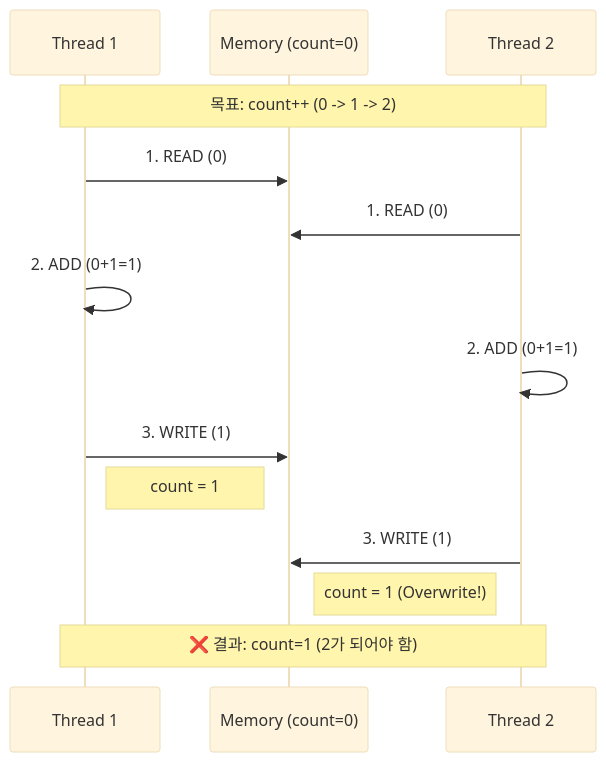
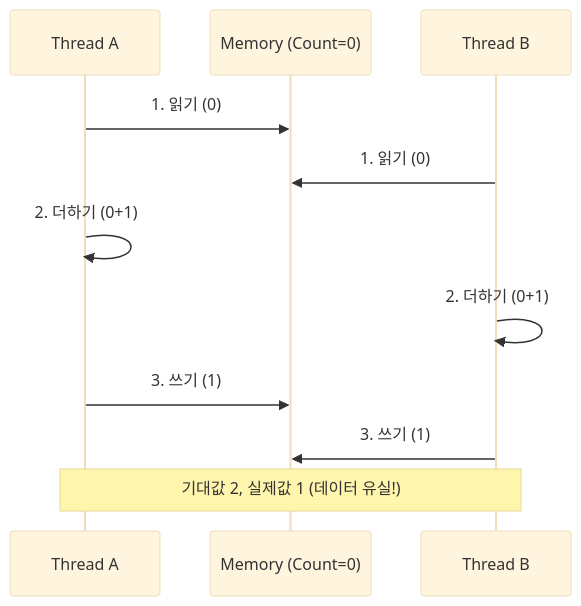
One commit to thseo4813/Study-Notes changed the second of 2 diagrams in 01-os/process-vs-thread/README.md. Above: the diagram before and after it, drawn with Mermaid (base theme). The commit also changed other lines of this file and 21 other files, not shown here.

````diff
--- a/01-os/process-vs-thread/README.md
+++ b/01-os/process-vs-thread/README.md
@@ -141,22 +69,17 @@
 ```mermaid
 sequenceDiagram
-    participant T1 as Thread 1
-    participant Mem as Memory (count=0)
-    participant T2 as Thread 2
+    participant T1 as Thread A
+    participant Mem as Memory (Count=0)
+    participant T2 as Thread B
 
-    Note over T1, T2: 목표: count++ (0 -> 1 -> 2)
-
-    T1->>Mem: 1. READ (0)
-    T2->>Mem: 1. READ (0)
+    T1->>Mem: 1. 읽기 (0)
+    T2->>Mem: 1. 읽기 (0)
     
-    T1->>T1: 2. ADD (0+1=1)
-    T2->>T2: 2. ADD (0+1=1)
+    T1->>T1: 2. 더하기 (0+1)
+    T2->>T2: 2. 더하기 (0+1)
     
-    T1->>Mem: 3. WRITE (1)
-    Note left of Mem: count = 1
+    T1->>Mem: 3. 쓰기 (1)
+    T2->>Mem: 3. 쓰기 (1)
     
-    T2->>Mem: 3. WRITE (1)
-    Note right of Mem: count = 1 (Overwrite!)
-    
-    Note over T1, T2: ❌ 결과: count=1 (2가 되어야 함)
+    Note over T1, T2: 기대값 2, 실제값 1 (데이터 유실!)
 ```
````
